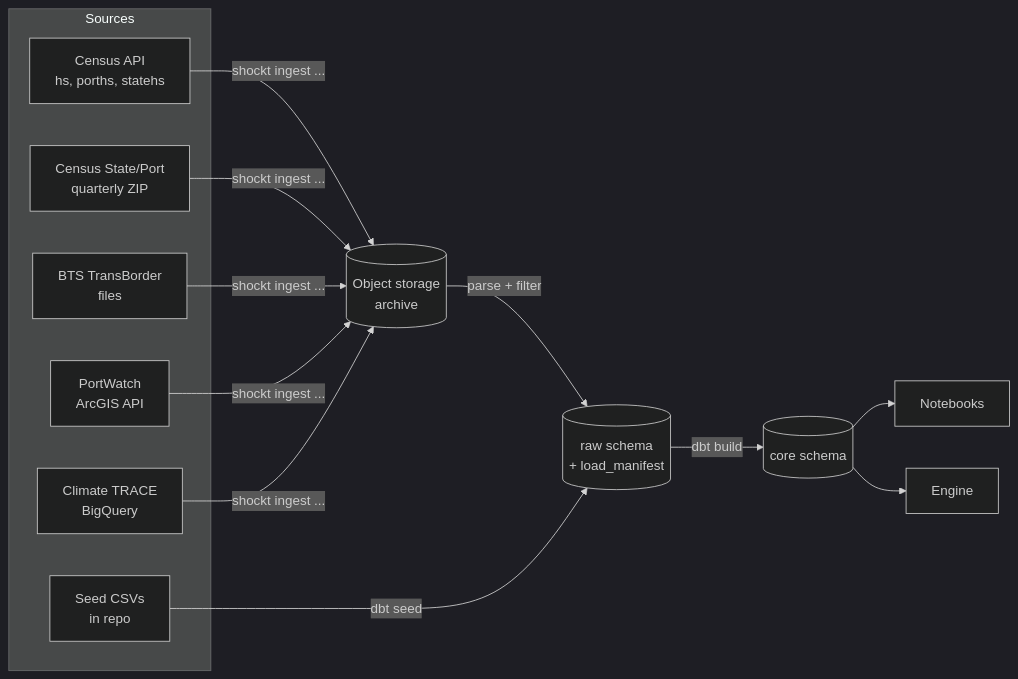
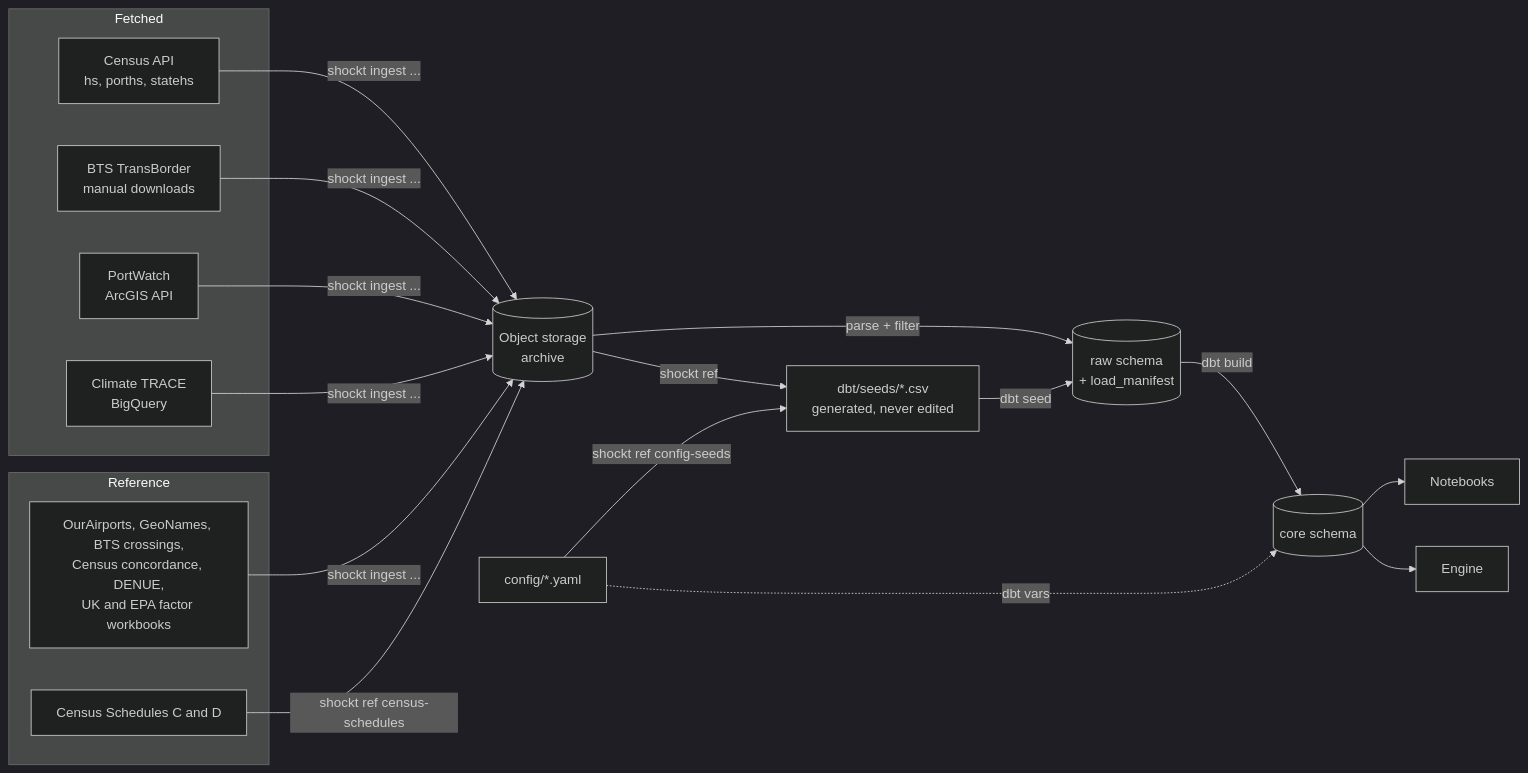
The diagram in docs/plans/data-ingestion-pipelines.md (mollyegibson/shockt-climate), drawn with Mermaid (dark theme) before and after one commit. The commit also changed other lines of this file and 77 other files, not shown here.

````diff
--- a/docs/plans/data-ingestion-pipelines.md
+++ b/docs/plans/data-ingestion-pipelines.md
@@ -48,17 +51,24 @@
 ```mermaid
 flowchart LR
-  subgraph Sources
+  subgraph Fetched
     C[Census API<br/>hs, porths, statehs]
-    SP[Census State/Port<br/>quarterly ZIP]
-    B[BTS TransBorder<br/>files]
+    B[BTS TransBorder<br/>manual downloads]
     P[PortWatch<br/>ArcGIS API]
     CT[Climate TRACE<br/>BigQuery]
-    S[Seed CSVs<br/>in repo]
   end
-  C & SP & B & P & CT -->|shockt ingest ...| ARC[(Object storage<br/>archive)]
+  subgraph Reference
+    R[OurAirports, GeoNames, BTS crossings,<br/>Census concordance, DENUE,<br/>UK and EPA factor workbooks]
+    SCH[Census Schedules C and D]
+  end
+  CFG[config/*.yaml]
+  C & B & P & CT & R -->|shockt ingest ...| ARC[(Object storage<br/>archive)]
+  SCH -->|shockt ref census-schedules| ARC
   ARC -->|parse + filter| RAW[(raw schema<br/>+ load_manifest)]
-  S -->|dbt seed| RAW
+  ARC -->|shockt ref| SEEDS[dbt/seeds/*.csv<br/>generated, never edited]
+  CFG -->|shockt ref config-seeds| SEEDS
+  SEEDS -->|dbt seed| RAW
   RAW -->|dbt build| CORE[(core schema)]
+  CFG -.->|dbt vars| CORE
   CORE --> N[Notebooks]
   CORE --> E[Engine]
 ```
````
